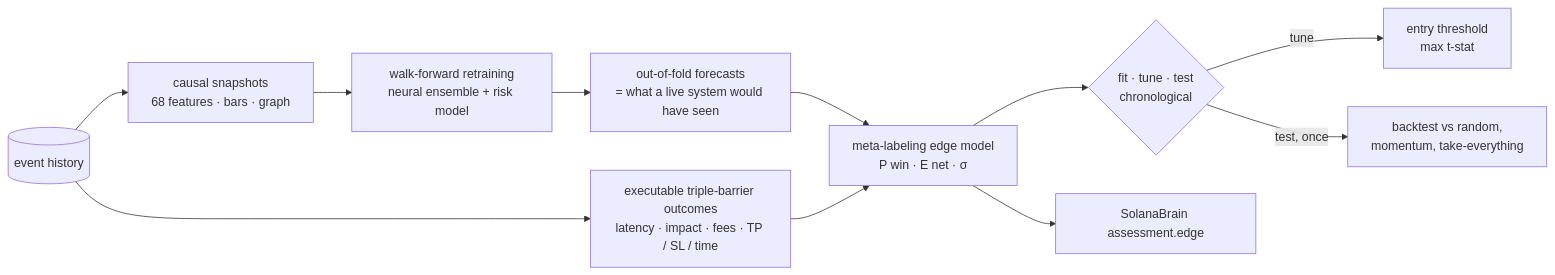
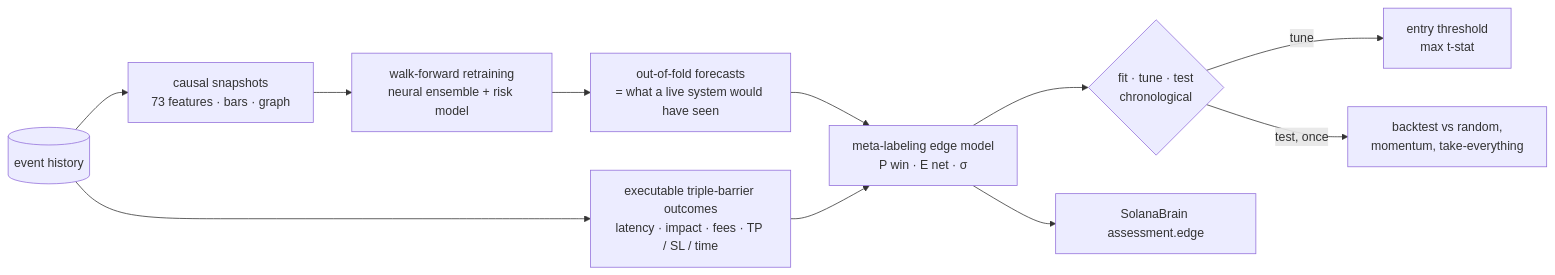
One commit to paloaltovisitor57-cloud/Machines-learning-at-full-speed changed the diagram in docs/EDGE.md. Above: the diagram before and after it, drawn with Mermaid. The commit also changed other lines of this file and 13 other files, not shown here.

First line of the commit message:
Add the criticality engine: online Hawkes branching ratios of trade flow

````diff
--- a/docs/EDGE.md
+++ b/docs/EDGE.md
@@ -8,12 +8,12 @@
 ```mermaid
 flowchart LR
-    H[(event history)] --> DS[causal snapshots<br/>68 features · bars · graph]
+    H[(event history)] --> DS[causal snapshots<br/>73 features · bars · graph]
     H --> TB[executable triple-barrier outcomes<br/>latency · impact · fees · TP / SL / time]
     DS --> WF[walk-forward retraining<br/>neural ensemble + risk model]
     WF --> OOF[out-of-fold forecasts<br/>= what a live system would have seen]
     OOF & TB --> META[meta-labeling edge model<br/>P win · E net · σ]
     META --> SPLIT{fit · tune · test<br/>chronological}
     SPLIT -->|tune| THR[entry threshold<br/>max t-stat]
     SPLIT -->|test, once| BT[backtest vs random,<br/>momentum, take-everything]
     META --> LIVE[SolanaBrain assessment.edge]
 ```
````
